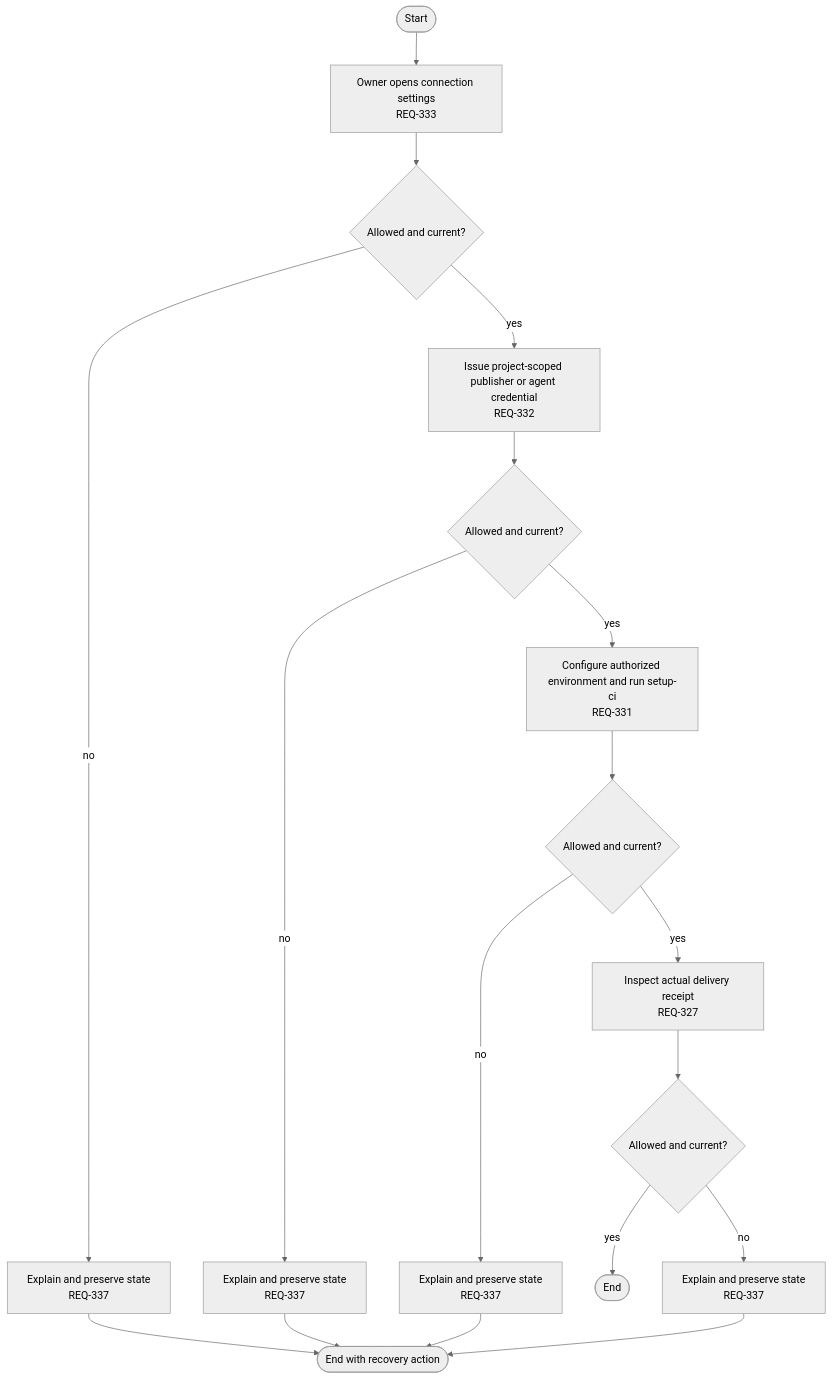
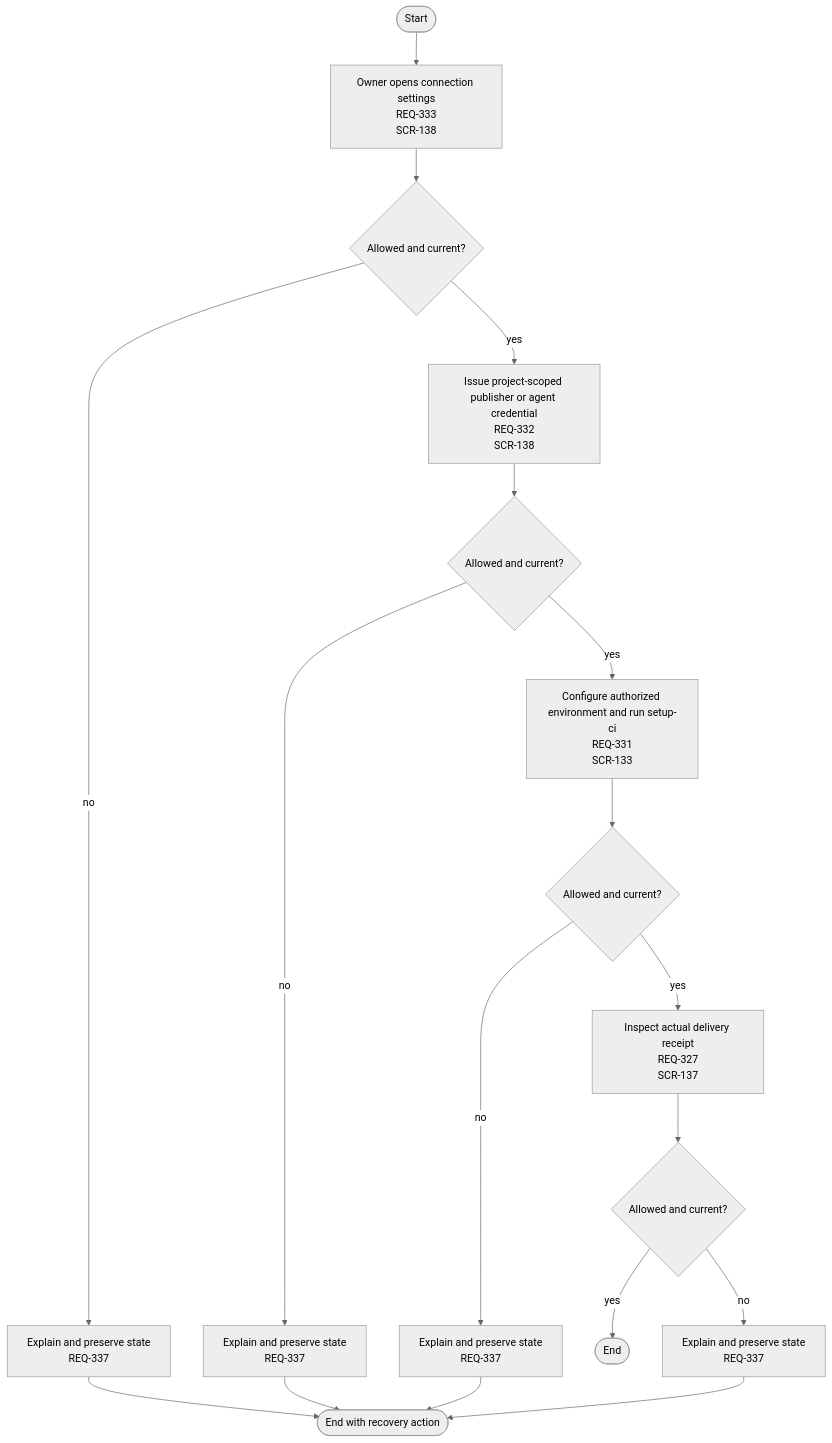
The diagram in docs/03-user-flow/rebuild/FL-135.ko.md (kodonghui/corthex-nexus), drawn with Mermaid (neutral theme) before and after one commit. The commit also changed other lines of this file and 28 other files, not shown here.

Commit message:
Design rebuild navigation and link every visible flow step

````diff
--- a/docs/03-user-flow/rebuild/FL-135.ko.md
+++ b/docs/03-user-flow/rebuild/FL-135.ko.md
@@ -9,20 +11,20 @@
 ```mermaid
 flowchart TD
   Start([Start]) --> S0
-  S0["Owner opens connection settings<br/>REQ-333"] --> D0{"Allowed and current?"}
+  S0["Owner opens connection settings<br/>REQ-333<br/>SCR-138"] --> D0{"Allowed and current?"}
   D0 -- yes --> S1
   D0 -- no --> F0["Explain and preserve state<br/>REQ-337"]
   F0 --> Stop([End with recovery action])
-  S1["Issue project-scoped publisher or agent credential<br/>REQ-332"] --> D1{"Allowed and current?"}
+  S1["Issue project-scoped publisher or agent credential<br/>REQ-332<br/>SCR-138"] --> D1{"Allowed and current?"}
   D1 -- yes --> S2
   D1 -- no --> F1["Explain and preserve state<br/>REQ-337"]
   F1 --> Stop([End with recovery action])
-  S2["Configure authorized environment and run setup-ci<br/>REQ-331"] --> D2{"Allowed and current?"}
+  S2["Configure authorized environment and run setup-ci<br/>REQ-331<br/>SCR-133"] --> D2{"Allowed and current?"}
   D2 -- yes --> S3
   D2 -- no --> F2["Explain and preserve state<br/>REQ-337"]
   F2 --> Stop([End with recovery action])
-  S3["Inspect actual delivery receipt<br/>REQ-327"] --> D3{"Allowed and current?"}
+  S3["Inspect actual delivery receipt<br/>REQ-327<br/>SCR-137"] --> D3{"Allowed and current?"}
   D3 -- yes --> End([End])
   D3 -- no --> F3["Explain and preserve state<br/>REQ-337"]
   F3 --> Stop([End with recovery action])
 ```
````
